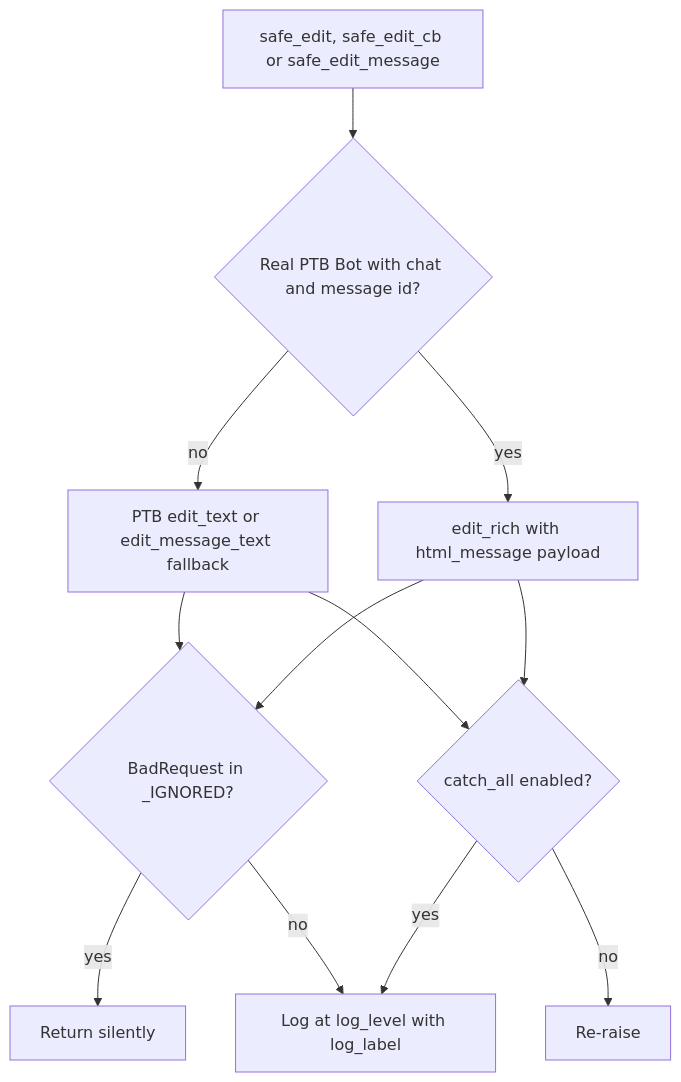
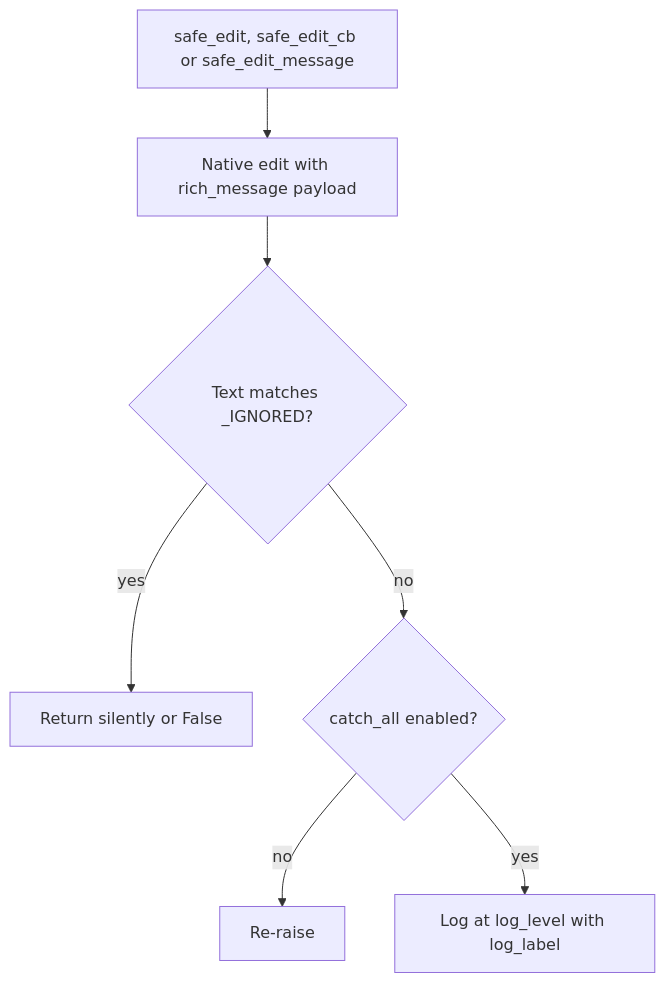
One commit to D1ZZY4/tcbot changed the second of 3 diagrams in docs/flows/transport.md. Above: the diagram before and after it, drawn with Mermaid. The commit also changed other lines of this file and 204 other files, not shown here.

````diff
--- a/docs/flows/transport.md
+++ b/docs/flows/transport.md
@@ -64,14 +62,9 @@
 ```mermaid
 flowchart TD
-    CALL[safe_edit, safe_edit_cb or safe_edit_message] --> READY{Real PTB Bot with chat and message id?}
-    READY -->|no| PTB[PTB edit_text or edit_message_text fallback]
-    READY -->|yes| RICH[edit_rich with html_message payload]
-    PTB --> BAD{BadRequest in _IGNORED?}
-    RICH --> BAD
-    BAD -->|yes| IGNORE[Return silently]
-    BAD -->|no| LEVEL[Log at log_level with log_label]
-    PTB --> CATCH{catch_all enabled?}
-    RICH --> CATCH
+    CALL[safe_edit, safe_edit_cb or safe_edit_message] --> RICH[Native edit with rich_message payload]
+    RICH --> BAD{Text matches _IGNORED?}
+    BAD -->|yes| DONE[Return silently or False]
+    BAD -->|no| CATCH{catch_all enabled?}
     CATCH -->|no| RAISE[Re-raise]
-    CATCH -->|yes| LEVEL
+    CATCH -->|yes| LEVEL[Log at log_level with log_label]
 ```
````
